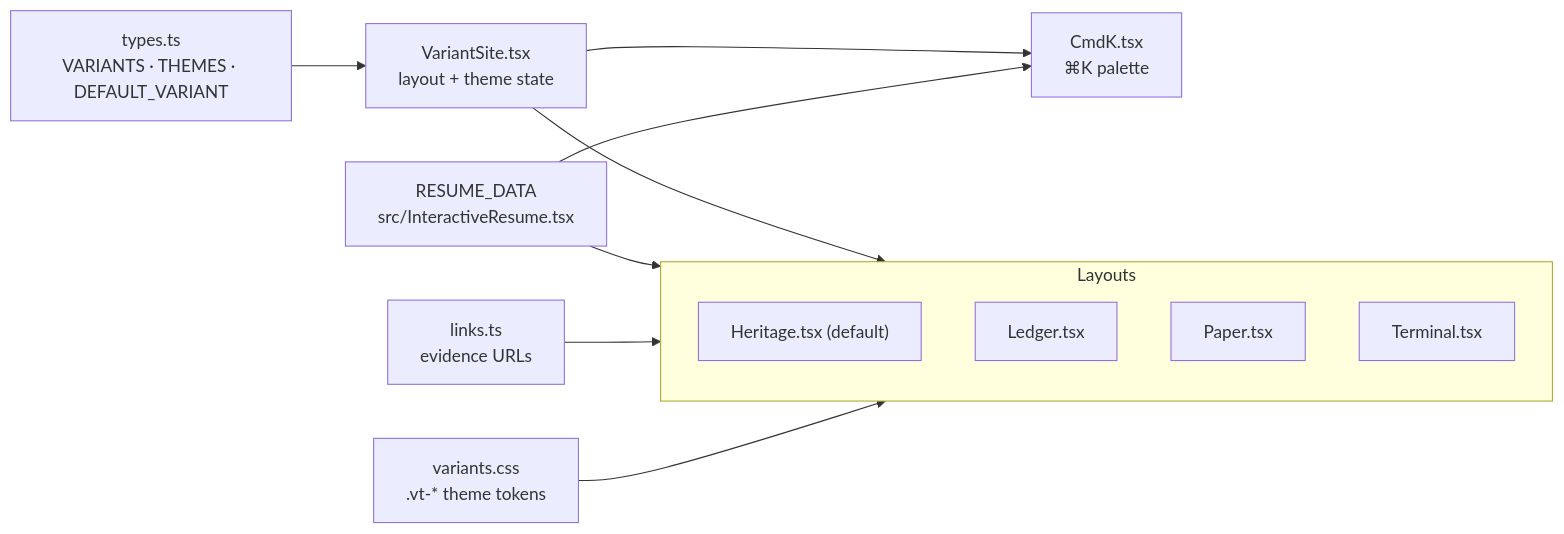
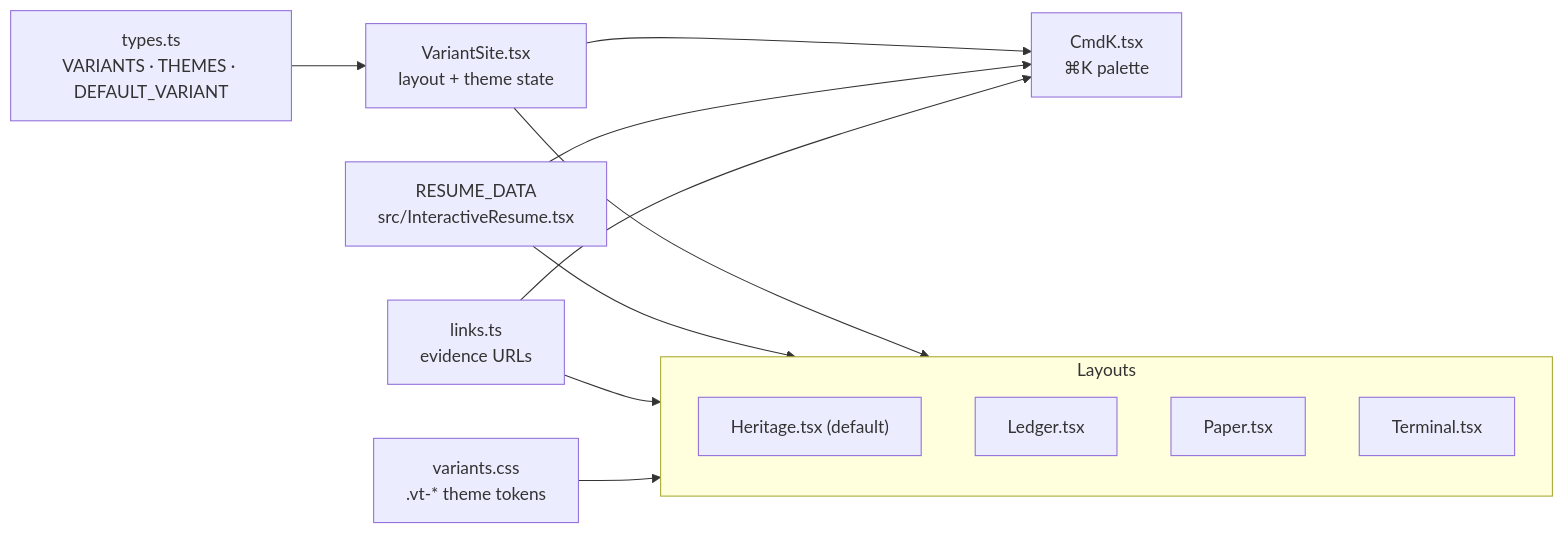
One commit to tanmaysahay94/tanmaysahay94.github.io changed the first of 3 diagrams in README.md. Above: the diagram before and after it, drawn with Mermaid. The commit also changed other lines of this file, not shown here.

First line of the commit message:
docs(readme): say tests run in the pre-push hook, not CI; add the ⌘K → links edge

````diff
--- a/README.md
+++ b/README.md
@@ -19,22 +19,23 @@
 ```mermaid
 flowchart LR
   data["RESUME_DATA<br/>src/InteractiveResume.tsx"]
   links["links.ts<br/>evidence URLs"]
   types["types.ts<br/>VARIANTS · THEMES · DEFAULT_VARIANT"]
   site["VariantSite.tsx<br/>layout + theme state"]
   css["variants.css<br/>.vt-* theme tokens"]
   cmdk["CmdK.tsx<br/>⌘K palette"]
   subgraph layouts["Layouts"]
     heritage["Heritage.tsx (default)"]
     ledger["Ledger.tsx"]
     paper["Paper.tsx"]
     terminal["Terminal.tsx"]
   end
   types --> site
   site --> layouts
   site --> cmdk
   data --> layouts
   data --> cmdk
   links --> layouts
+  links --> cmdk
   css --> layouts
 ```
````
